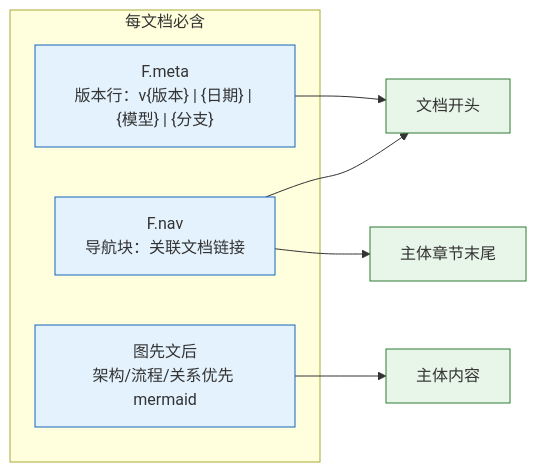
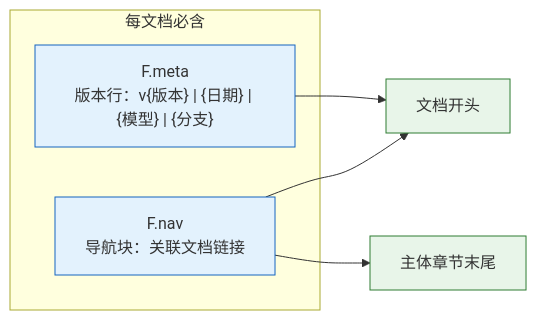
The second of 9 diagrams in rules/doc-generation.md (effiy/YrY), drawn with Mermaid before and after one commit. The commit also changed other lines of this file and 2 other files, not shown here.

````diff
--- a/rules/doc-generation.md
+++ b/rules/doc-generation.md
@@ -55,15 +59,13 @@
 ```mermaid
 flowchart LR
     subgraph 必含["每文档必含"]
         META["F.meta<br/>版本行：v{版本} | {日期} | {模型} | {分支}"]:::must
         NAV["F.nav<br/>导航块：关联文档链接"]:::must
-        GRAPH["图先文后<br/>架构/流程/关系优先 mermaid"]:::must
     end
     META --> DOC["文档开头"]:::out
     NAV --> DOC
     NAV --> TAIL["主体章节末尾"]:::out
-    GRAPH --> BODY["主体内容"]:::out
 
     classDef must fill:#e3f2fd,stroke:#1565c0;
     classDef out fill:#e8f5e9,stroke:#2e7d32;
 ```
````
